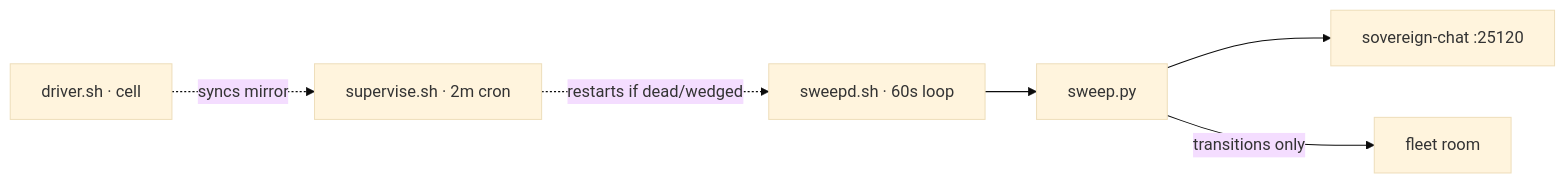
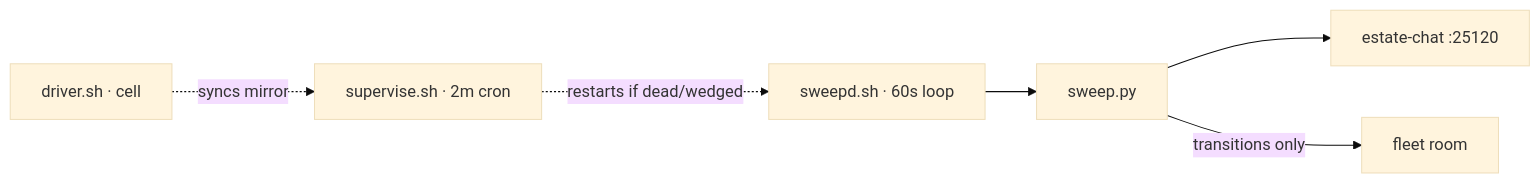
The diagram in tools/fleet-ops/fleet-watchdog/README.md (toxicwind/estate), drawn with Mermaid (base theme) before and after one commit. The commit also changed other lines of this file and 679 other files, not shown here.

First line of the commit message:
rename: sovereign -> estate namespace across live docs/skills/scripts/config

````diff
--- a/tools/fleet-ops/fleet-watchdog/README.md
+++ b/tools/fleet-ops/fleet-watchdog/README.md
@@ -14,8 +14,8 @@
 ```mermaid
 flowchart LR
     sweepd[sweepd.sh · 60s loop] --> sweep[sweep.py]
-    sweep --> chat[sovereign-chat :25120]
+    sweep --> chat[estate-chat :25120]
     sweep -->|transitions only| fleet[fleet room]
     sup[supervise.sh · 2m cron] -.->|restarts if dead/wedged| sweepd
     driver[driver.sh · cell] -.->|syncs mirror| sup
 ```
````
